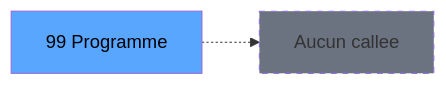
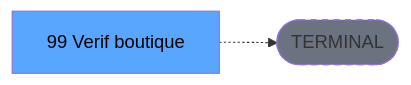
One commit to thonyAGP/lecteur-magic changed the third of 3 diagrams in .openspec/renders/ADH-IDE-99.md. Above: the diagram before and after it, drawn with Mermaid. The commit also changed other lines of this file and 701 other files, not shown here.

````diff
--- a/.openspec/renders/ADH-IDE-99.md
+++ b/.openspec/renders/ADH-IDE-99.md
@@ -128,8 +134,8 @@
 ```mermaid
 graph LR
-    T[99 Programme]
-    NONE[Aucun callee]
-    T -.-> NONE
+    T[99 Verif boutique ]
+    TERM([TERMINAL])
+    T -.-> TERM
+    style TERM fill:#6b7280,stroke-dasharray: 5 5
     style T fill:#58a6ff,color:#000
-    style NONE fill:#6b7280,stroke-dasharray: 5 5
 ```
````
